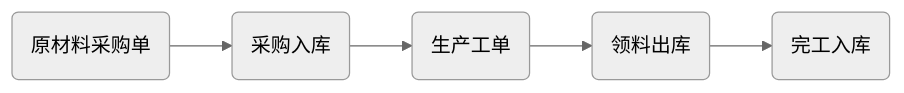
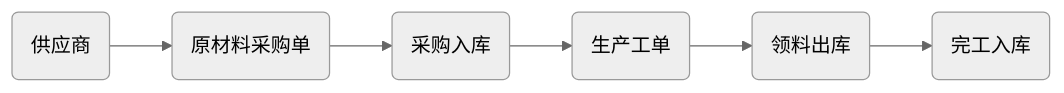
The second of 4 diagrams in 进销存说明.md (Sakura0213/OCQDocument), drawn with Mermaid (neutral theme) before and after one commit. The commit also changed other lines of this file and 1 other file, not shown here.

````diff
--- a/进销存说明.md
+++ b/进销存说明.md
@@ -32,4 +28,4 @@
 ```mermaid
 graph LR
-A(原材料采购单)-->B(采购入库)-->C(生产工单)-->D(领料出库)-->E(完工入库)
+G(供应商)-->A(原材料采购单)-->B(采购入库)-->C(生产工单)-->D(领料出库)-->E(完工入库)
 ```
````
